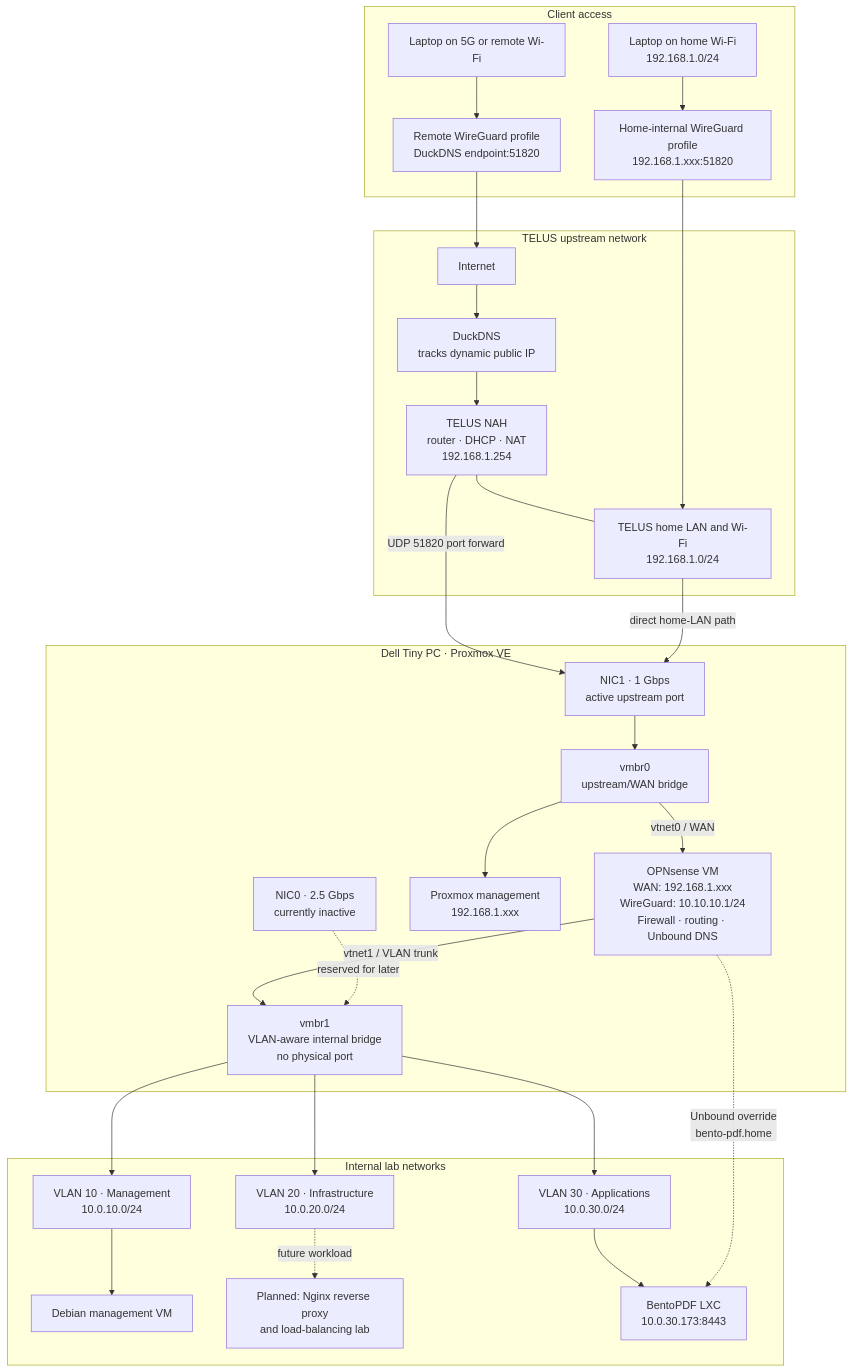
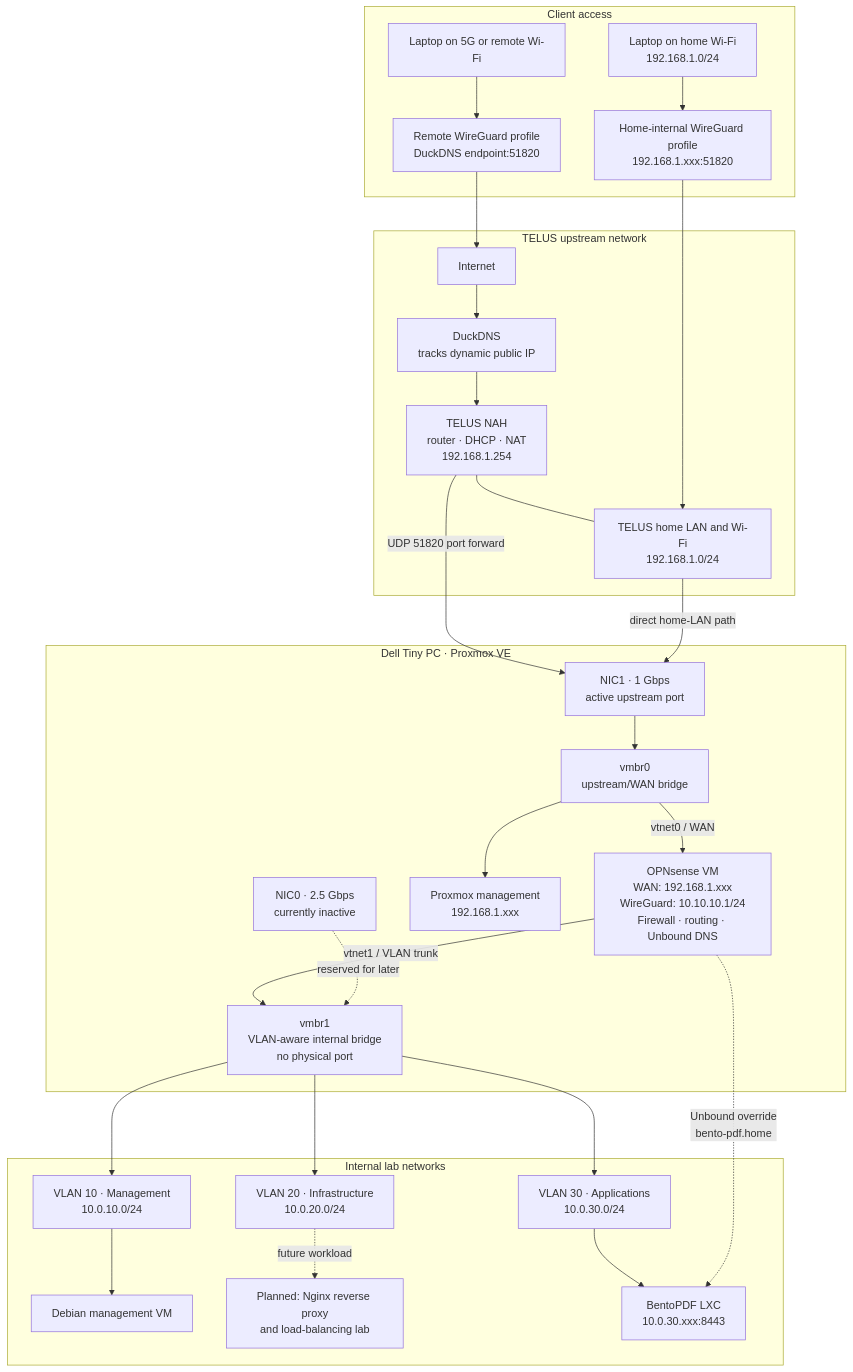
Before and after one commit to Aaronarphaxad/homelab: the diagram in docs/architecture/network-topology.md, drawn with Mermaid. The commit also changed 9 other files, not shown here.

````diff
--- a/docs/architecture/network-topology.md
+++ b/docs/architecture/network-topology.md
@@ -10,64 +10,64 @@
 ```mermaid
 flowchart TB
     subgraph CLIENTS["Client access"]
         REMOTE["Laptop on 5G or remote Wi-Fi"]
         HOME["Laptop on home Wi-Fi<br/>192.168.1.0/24"]
         RP["Remote WireGuard profile<br/>DuckDNS endpoint:51820"]
         HP["Home-internal WireGuard profile<br/>192.168.1.xxx:51820"]
 
         REMOTE --> RP
         HOME --> HP
     end
 
     subgraph UPSTREAM["TELUS upstream network"]
         INTERNET["Internet"]
         DDNS["DuckDNS<br/>tracks dynamic public IP"]
         NAH["TELUS NAH<br/>router · DHCP · NAT<br/>192.168.1.254"]
         WIFI["TELUS home LAN and Wi-Fi<br/>192.168.1.0/24"]
 
         INTERNET --> DDNS
         DDNS --> NAH
         NAH --- WIFI
     end
 
     subgraph DELL["Dell Tiny PC · Proxmox VE"]
         NIC1["NIC1 · 1 Gbps<br/>active upstream port"]
         NIC0["NIC0 · 2.5 Gbps<br/>currently inactive"]
         VMBR0["vmbr0<br/>upstream/WAN bridge"]
         PVE["Proxmox management<br/>192.168.1.xxx"]
         OPN["OPNsense VM<br/>WAN: 192.168.1.xxx<br/>WireGuard: 10.10.10.1/24<br/>Firewall · routing · Unbound DNS"]
         VMBR1["vmbr1<br/>VLAN-aware internal bridge<br/>no physical port"]
 
         NIC1 --> VMBR0
         VMBR0 --> PVE
         VMBR0 -->|"vtnet0 / WAN"| OPN
         OPN -->|"vtnet1 / VLAN trunk"| VMBR1
         NIC0 -. "reserved for later" .-> VMBR1
     end
 
     subgraph INTERNAL["Internal lab networks"]
         V10["VLAN 10 · Management<br/>10.0.10.0/24"]
         DEBIAN["Debian management VM"]
 
         V20["VLAN 20 · Infrastructure<br/>10.0.20.0/24"]
         PROXY["Planned: Nginx reverse proxy<br/>and load-balancing lab"]
 
         V30["VLAN 30 · Applications<br/>10.0.30.0/24"]
-        BENTO["BentoPDF LXC<br/>10.0.30.173:8443"]
+        BENTO["BentoPDF LXC<br/>10.0.30.xxx:8443"]
 
         V10 --> DEBIAN
         V20 -. "future workload" .-> PROXY
         V30 --> BENTO
     end
 
     RP --> INTERNET
     HP --> WIFI
     NAH -->|"UDP 51820 port forward"| NIC1
     WIFI -->|"direct home-LAN path"| NIC1
 
     VMBR1 --> V10
     VMBR1 --> V20
     VMBR1 --> V30
 
     OPN -. "Unbound override<br/>bento-pdf.home" .-> BENTO
 ```
````
